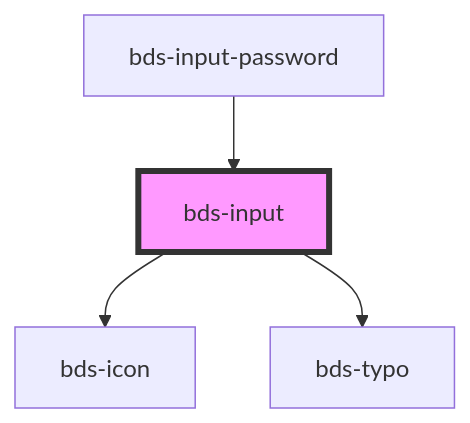
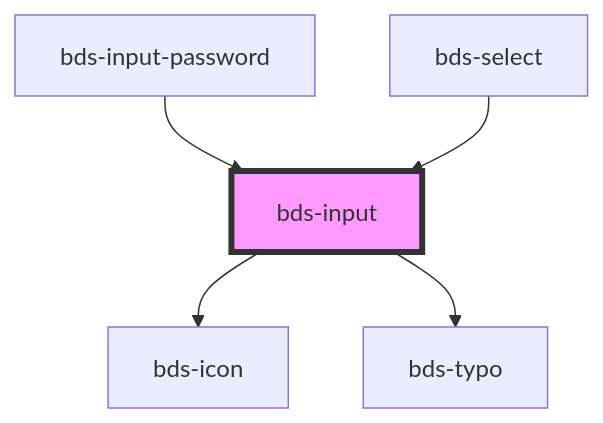
Before and after one commit to takenet/blip-ds: the diagram in src/components/input/readme.md, drawn with Mermaid. The commit also changed other lines of this file and 7 other files, not shown here.

````diff
--- a/src/components/input/readme.md
+++ b/src/components/input/readme.md
@@ -70,7 +71,8 @@
 ```mermaid
 graph TD;
   bds-input --> bds-icon
   bds-input --> bds-typo
   bds-input-password --> bds-input
+  bds-select --> bds-input
   style bds-input fill:#f9f,stroke:#333,stroke-width:4px
 ```
````
